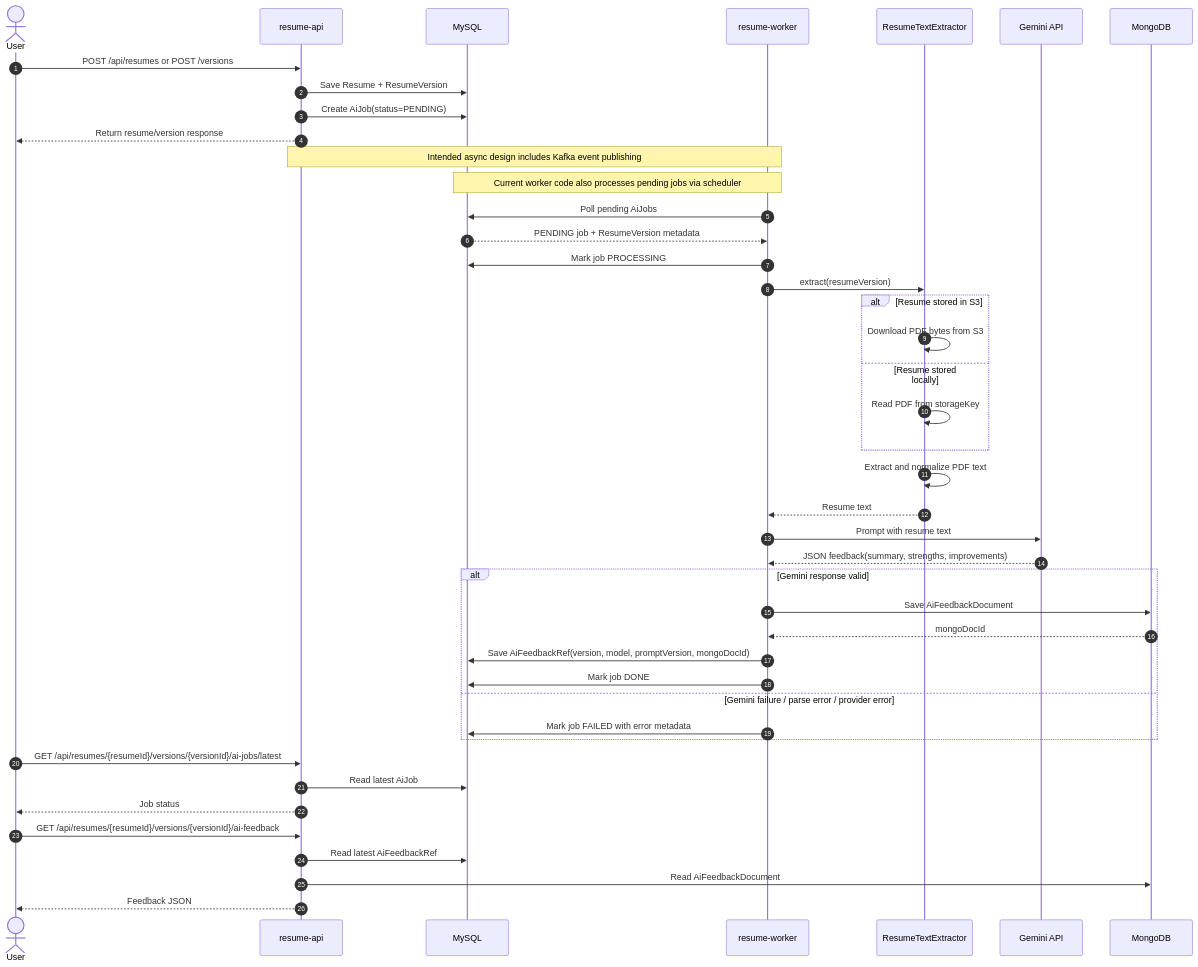
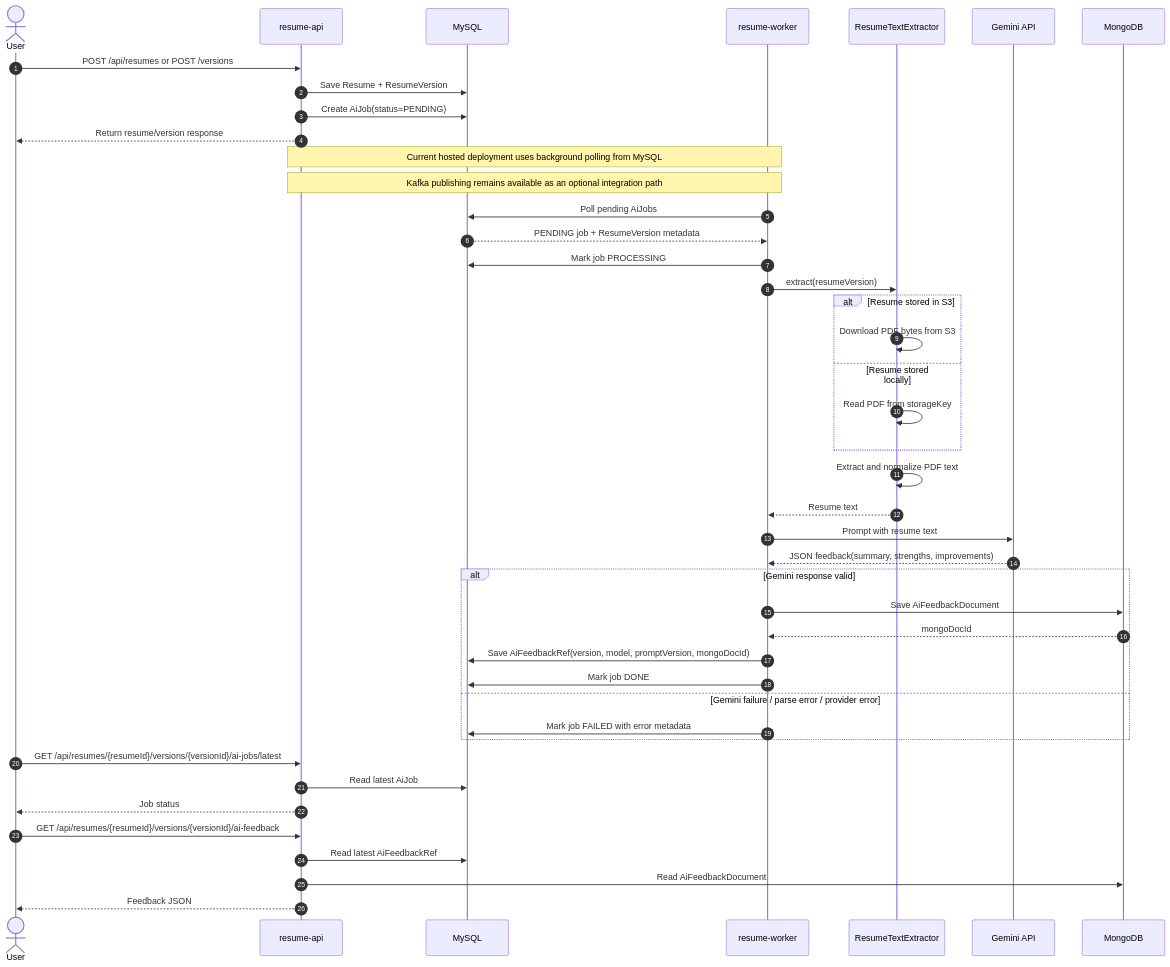
One commit to helenapedro/resume-feedback-platform changed the second of 3 diagrams in docs/architecture.md. Above: the diagram before and after it, drawn with Mermaid. The commit also changed other lines of this file and 34 other files, not shown here.

````diff
--- a/docs/architecture.md
+++ b/docs/architecture.md
@@ -47,55 +48,55 @@
 ```mermaid
 sequenceDiagram
     autonumber
     actor User
     participant API as resume-api
     participant MySQL as MySQL
     participant Worker as resume-worker
     participant Extractor as ResumeTextExtractor
     participant Gemini as Gemini API
     participant Mongo as MongoDB
 
     User->>API: POST /api/resumes or POST /versions
     API->>MySQL: Save Resume + ResumeVersion
     API->>MySQL: Create AiJob(status=PENDING)
     API-->>User: Return resume/version response
 
-    Note over API,Worker: Intended async design includes Kafka event publishing
-    Note over Worker,MySQL: Current worker code also processes pending jobs via scheduler
+    Note over API,Worker: Current hosted deployment uses background polling from MySQL
+    Note over API,Worker: Kafka publishing remains available as an optional integration path
 
     Worker->>MySQL: Poll pending AiJobs
     MySQL-->>Worker: PENDING job + ResumeVersion metadata
 
     Worker->>MySQL: Mark job PROCESSING
     Worker->>Extractor: extract(resumeVersion)
 
     alt Resume stored in S3
         Extractor->>Extractor: Download PDF bytes from S3
     else Resume stored locally
         Extractor->>Extractor: Read PDF from storageKey
     end
 
     Extractor->>Extractor: Extract and normalize PDF text
     Extractor-->>Worker: Resume text
 
     Worker->>Gemini: Prompt with resume text
     Gemini-->>Worker: JSON feedback(summary, strengths, improvements)
 
     alt Gemini response valid
         Worker->>Mongo: Save AiFeedbackDocument
         Mongo-->>Worker: mongoDocId
         Worker->>MySQL: Save AiFeedbackRef(version, model, promptVersion, mongoDocId)
         Worker->>MySQL: Mark job DONE
     else Gemini failure / parse error / provider error
         Worker->>MySQL: Mark job FAILED with error metadata
     end
 
     User->>API: GET /api/resumes/{resumeId}/versions/{versionId}/ai-jobs/latest
     API->>MySQL: Read latest AiJob
     API-->>User: Job status
 
     User->>API: GET /api/resumes/{resumeId}/versions/{versionId}/ai-feedback
     API->>MySQL: Read latest AiFeedbackRef
     API->>Mongo: Read AiFeedbackDocument
     API-->>User: Feedback JSON
 ```
````
